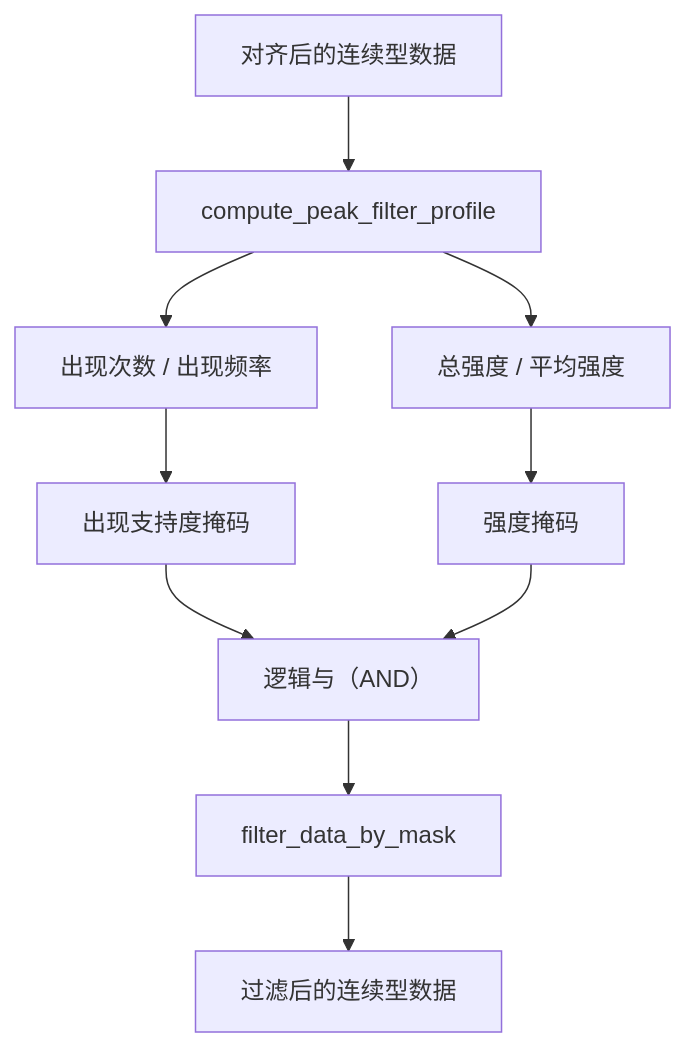
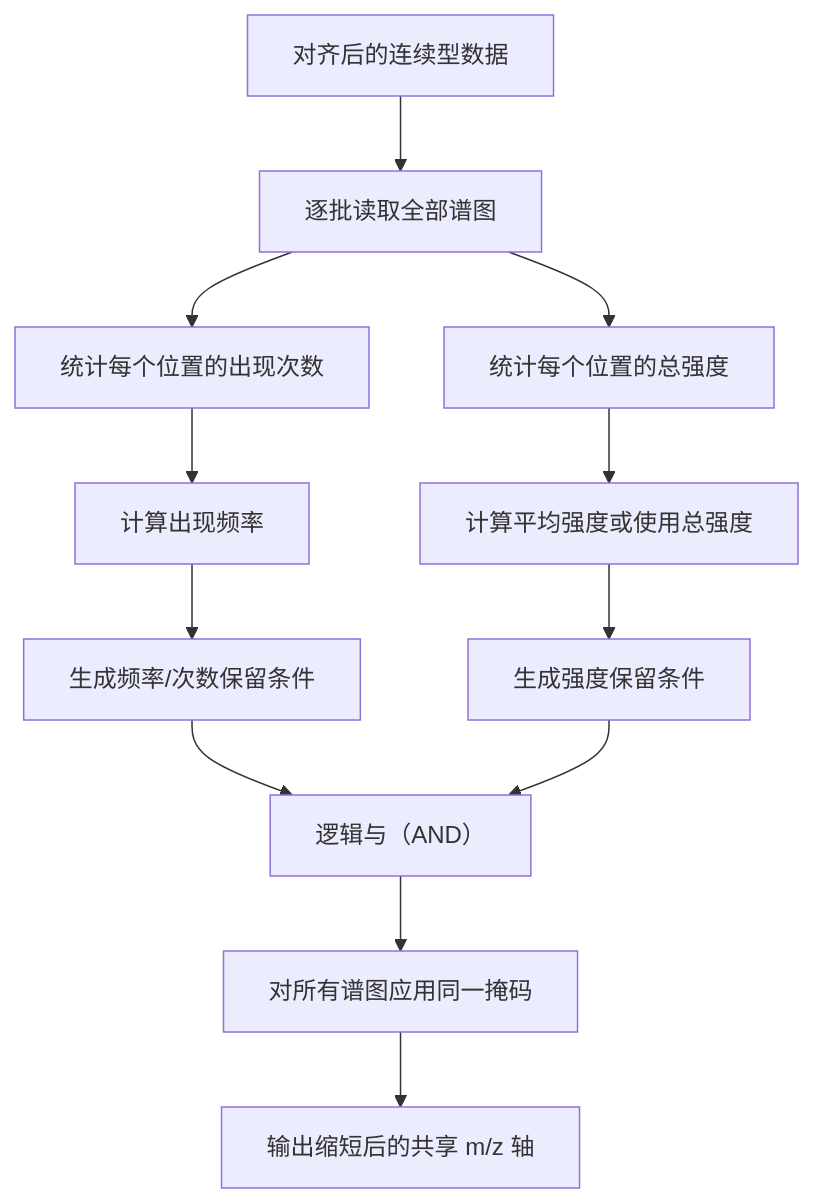
One commit to NeoNexusX/MassFlow changed the diagram in docs/zh/stat_filter.md. Above: the diagram before and after it, drawn with Mermaid. The commit also changed other lines of this file and 15 other files, not shown here.

````diff
--- a/docs/zh/stat_filter.md
+++ b/docs/zh/stat_filter.md
@@ -21,12 +179,14 @@
 ```mermaid
 graph TD
-  A["对齐后的连续型数据"] --> B["compute_peak_filter_profile"]
-  B --> C["出现次数 / 出现频率"]
-  B --> D["总强度 / 平均强度"]
-  C --> E["出现支持度掩码"]
-  D --> F["强度掩码"]
-  E --> G["逻辑与（AND）"]
-  F --> G
-  G --> H["filter_data_by_mask"]
-  H --> I["过滤后的连续型数据"]
+  A["对齐后的连续型数据"] --> B["逐批读取全部谱图"]
+  B --> C["统计每个位置的出现次数"]
+  B --> D["统计每个位置的总强度"]
+  C --> E["计算出现频率"]
+  D --> F["计算平均强度或使用总强度"]
+  E --> G["生成频率/次数保留条件"]
+  F --> H["生成强度保留条件"]
+  G --> I["逻辑与（AND）"]
+  H --> I
+  I --> J["对所有谱图应用同一掩码"]
+  J --> K["输出缩短后的共享 m/z 轴"]
 ```
````
